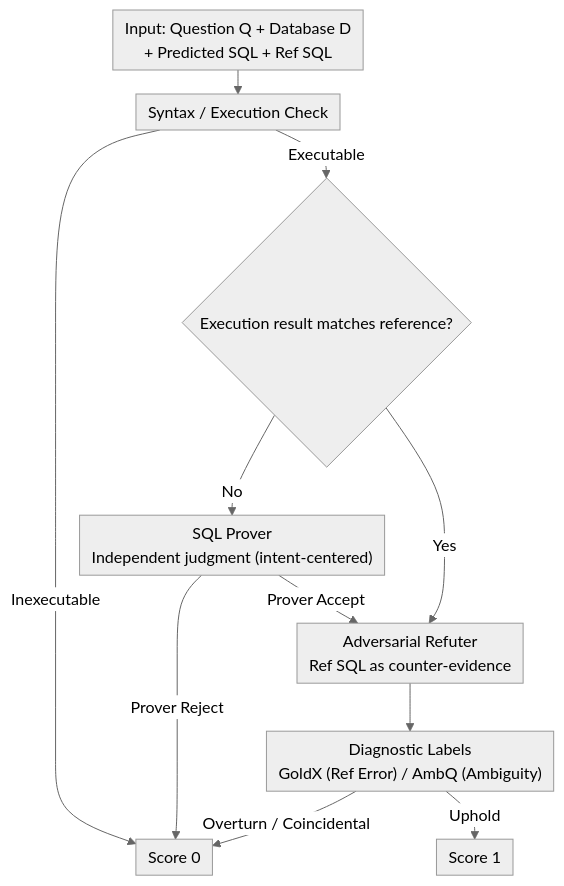
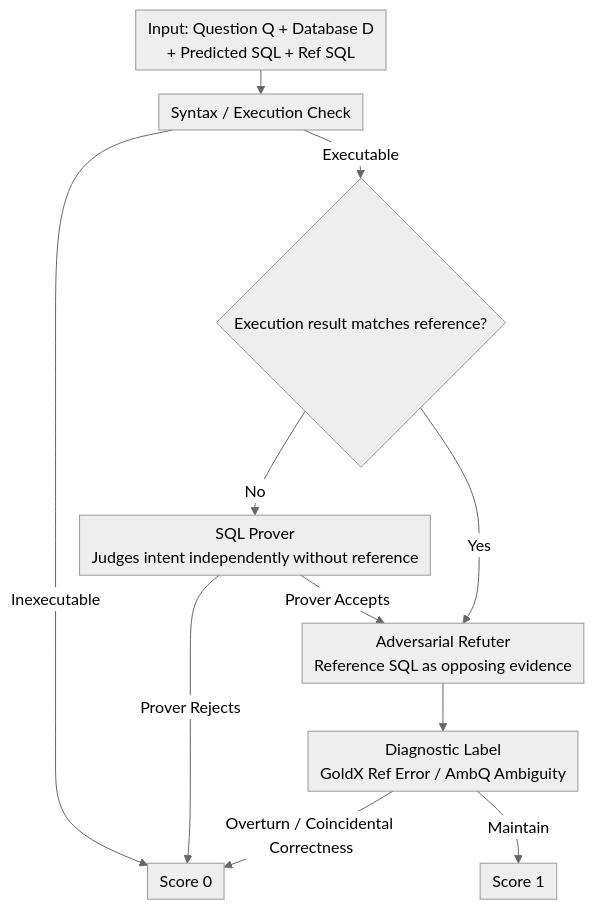
The diagram in docs/ACL2026/code_intelligence/rose_an_intent-centered_evaluation_metric_for_nl2sql.md (zhaoyang97/Paper-Notes-en), drawn with Mermaid (neutral theme) before and after one commit. The commit also changed other lines of this file and 5084 other files, not shown here.

````diff
--- a/docs/ACL2026/code_intelligence/rose_an_intent-centered_evaluation_metric_for_nl2sql.md
+++ b/docs/ACL2026/code_intelligence/rose_an_intent-centered_evaluation_metric_for_nl2sql.md
@@ -46,14 +46,14 @@
 ```mermaid
 %%{init: {'flowchart': {'rankSpacing': 24, 'nodeSpacing': 28, 'padding': 6, 'wrappingWidth': 400}}}%%
 flowchart TD
     A["Input: Question Q + Database D<br/>+ Predicted SQL + Ref SQL"] --> B["Syntax / Execution Check"]
     B -->|Inexecutable| Z["Score 0"]
     B -->|Executable| C{"Execution result matches reference?"}
-    C -->|No| D["SQL Prover<br/>Independent judgment (intent-centered)"]
-    C -->|Yes| E["Adversarial Refuter<br/>Ref SQL as counter-evidence"]
-    D -->|Prover Reject| Z
-    D -->|Prover Accept| E
-    E --> F["Diagnostic Labels<br/>GoldX (Ref Error) / AmbQ (Ambiguity)"]
-    F -->|Overturn / Coincidental| Z
-    F -->|Uphold| G["Score 1"]
+    C -->|No| D["SQL Prover<br/>Judges intent independently without reference"]
+    C -->|Yes| E["Adversarial Refuter<br/>Reference SQL as opposing evidence"]
+    D -->|Prover Rejects| Z
+    D -->|Prover Accepts| E
+    E --> F["Diagnostic Label<br/>GoldX Ref Error / AmbQ Ambiguity"]
+    F -->|Overturn / Coincidental Correctness| Z
+    F -->|Maintain| G["Score 1"]
 ```
````
